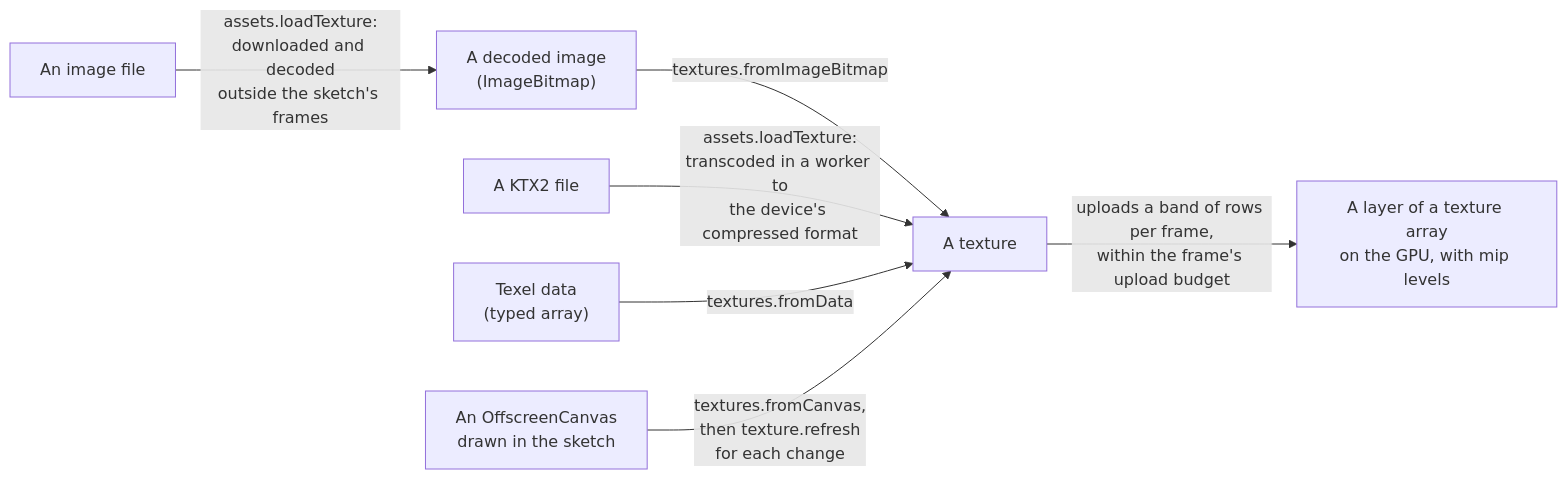
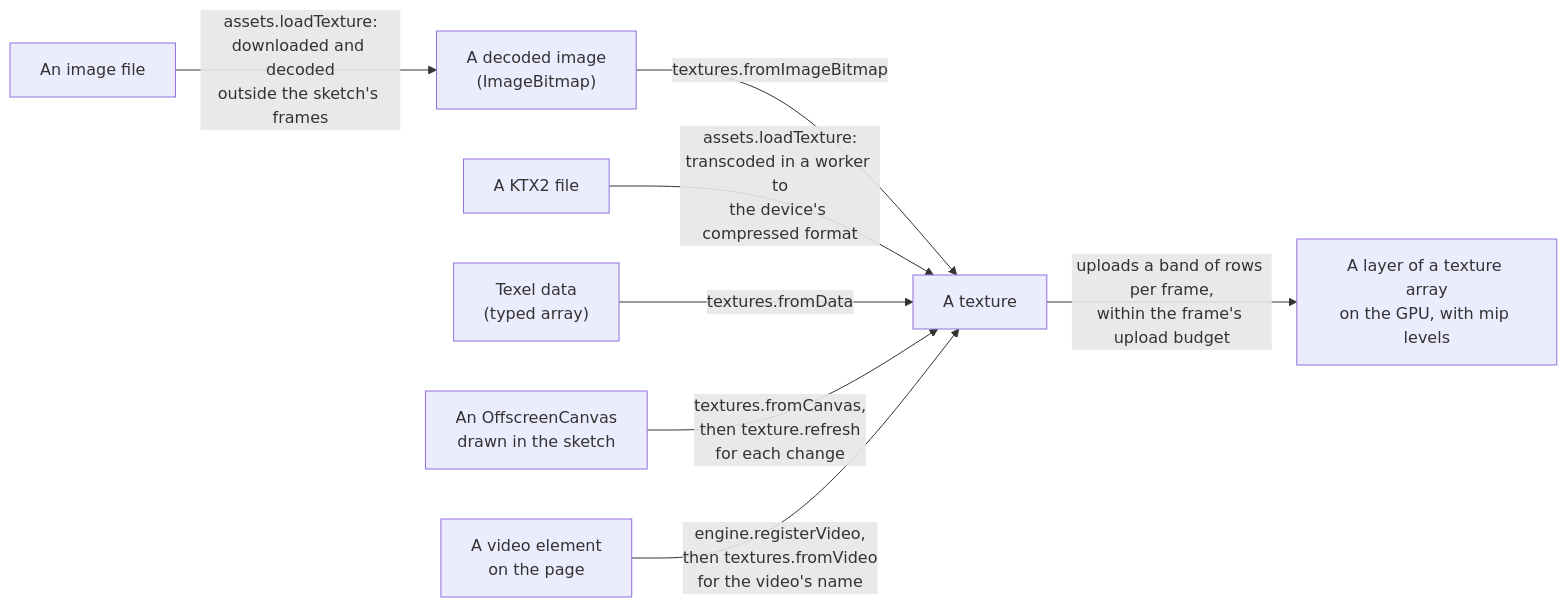
Before and after one commit to null3d-engine/null3d: the diagram in docs/api/textures.md, drawn with Mermaid. The commit also changed other lines of this file and 23 other files, not shown here.

````diff
--- a/docs/api/textures.md
+++ b/docs/api/textures.md
@@ -13,9 +13,10 @@
 ```mermaid
 flowchart LR
     file["An image file"] -->|"assets.loadTexture:<br/>downloaded and decoded<br/>outside the sketch's frames"| image["A decoded image<br/>(ImageBitmap)"]
     image -->|"textures.fromImageBitmap"| texture["A texture"]
     ktx2["A KTX2 file"] -->|"assets.loadTexture:<br/>transcoded in a worker to<br/>the device's compressed format"| texture
     data["Texel data<br/>(typed array)"] -->|"textures.fromData"| texture
     canvas["An OffscreenCanvas<br/>drawn in the sketch"] -->|"textures.fromCanvas,<br/>then texture.refresh<br/>for each change"| texture
+    video["A video element<br/>on the page"] -->|"engine.registerVideo,<br/>then textures.fromVideo<br/>for the video's name"| texture
     texture -->|"uploads a band of rows per frame,<br/>within the frame's upload budget"| layer["A layer of a texture array<br/>on the GPU, with mip levels"]
 ```
````
